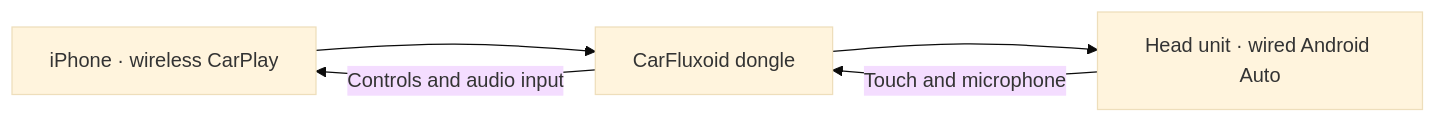
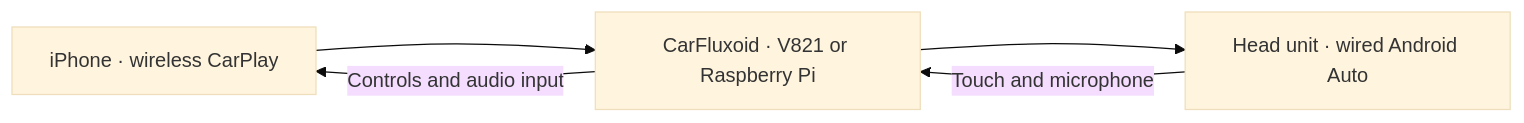
Before and after one commit to aymene69/CarFluxoid: the diagram in README.md, drawn with Mermaid (base theme). The commit also changed other lines of this file and 41 other files, not shown here.

Commit message:
Add Raspberry Pi Zero 2 W support and refine the CarPlay bridge

````diff
--- a/README.md
+++ b/README.md
@@ -16,7 +16,7 @@
 ```mermaid
 flowchart LR
-    I[iPhone · wireless CarPlay] --> D[CarFluxoid dongle]
+    I[iPhone · wireless CarPlay] --> D[CarFluxoid · V821 or Raspberry Pi]
     D --> H[Head unit · wired Android Auto]
     H -->|Touch and microphone| D
     D -->|Controls and audio input| I
 ```
````
